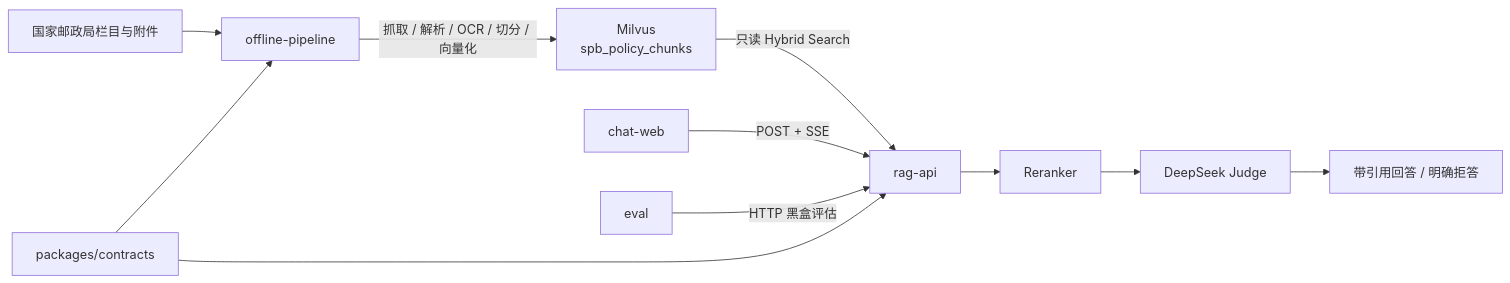
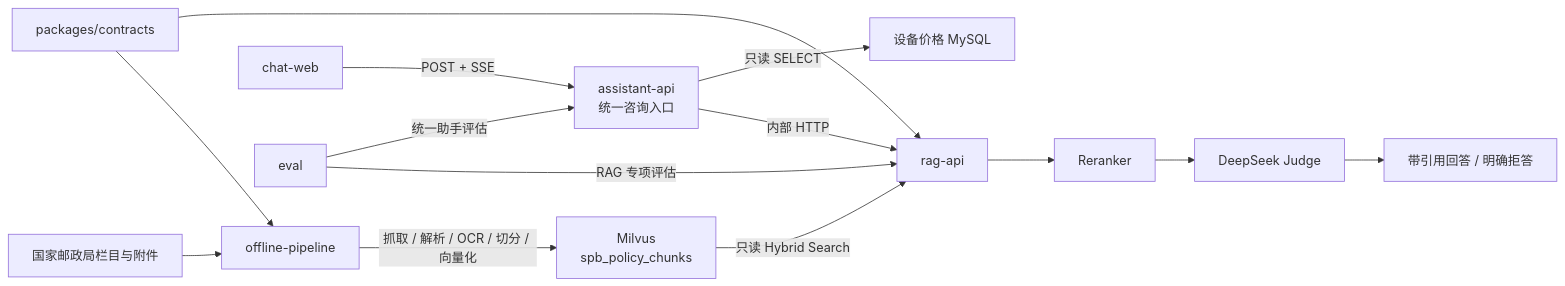
One commit to wwbotww/Intern26-spb changed the diagram in README.md. Above: the diagram before and after it, drawn with Mermaid. The commit also changed other lines of this file and 91 other files, not shown here.

````diff
--- a/README.md
+++ b/README.md
@@ -29,13 +31,17 @@
 ```mermaid
 flowchart LR
     S["国家邮政局栏目与附件"] --> O["offline-pipeline"]
     O -->|"抓取 / 解析 / OCR / 切分 / 向量化"| M["Milvus<br/>spb_policy_chunks"]
     C["packages/contracts"] --> O
     C --> R["rag-api"]
     M -->|"只读 Hybrid Search"| R
     R --> B["Reranker"]
     B --> J["DeepSeek Judge"]
     J --> G["带引用回答 / 明确拒答"]
-    W["chat-web"] -->|"POST + SSE"| R
-    E["eval"] -->|"HTTP 黑盒评估"| R
+    W["chat-web"] -->|"POST + SSE"| A
+    E["eval"] -->|"RAG 专项评估"| R
+    E -->|"统一助手评估"| A
+    A["assistant-api<br/>统一咨询入口"]
+    A -->|"内部 HTTP"| R
+    A -->|"只读 SELECT"| Q["设备价格 MySQL"]
 ```
````
